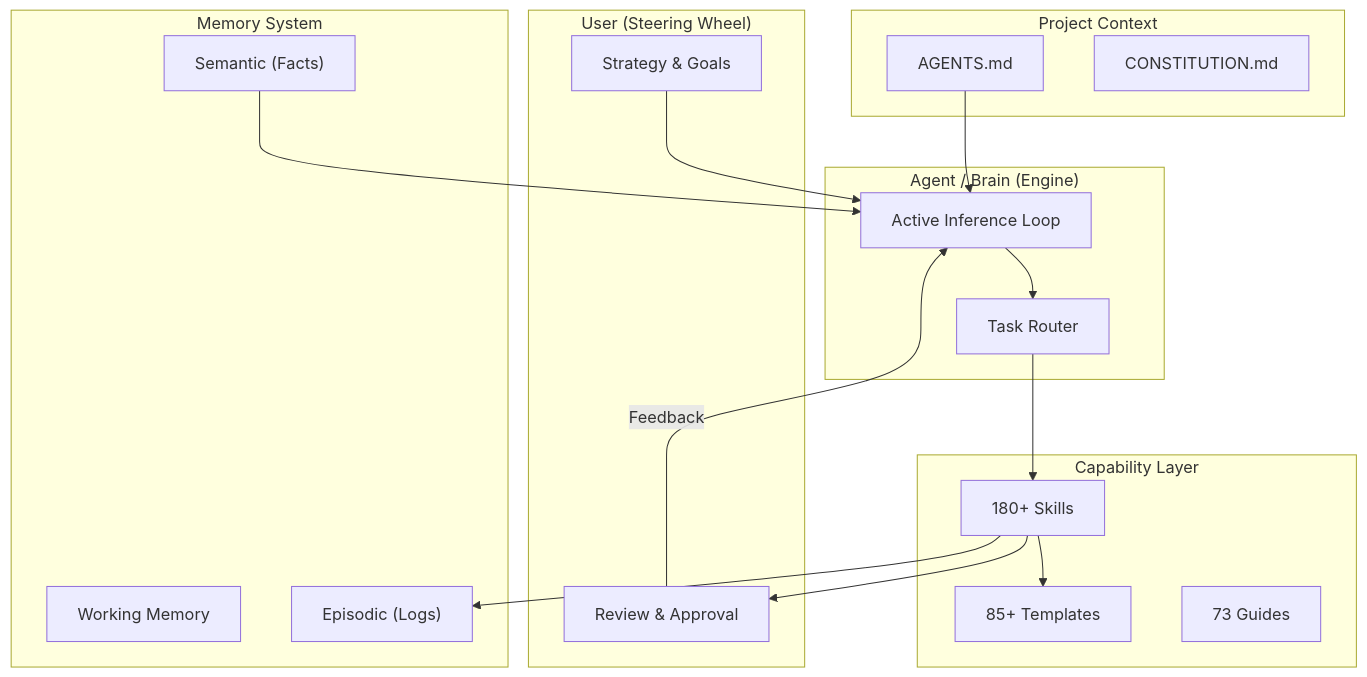
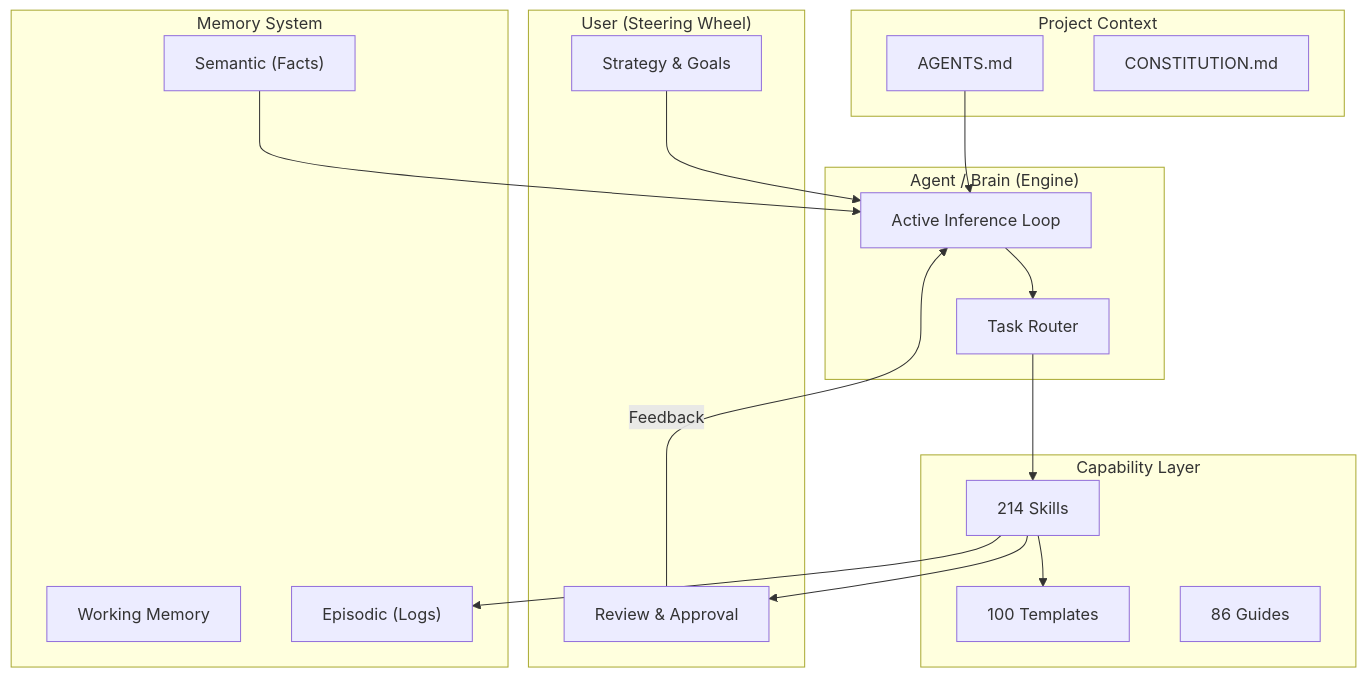
Before and after one commit to andreibesleaga/GABBE: the second of 4 diagrams in README.md, drawn with Mermaid. The commit also changed other lines of this file and 5 other files, not shown here.

````diff
--- a/README.md
+++ b/README.md
@@ -286,39 +286,39 @@
 ```mermaid
 graph TB
     subgraph Human ["User (Steering Wheel)"]
         H1[Strategy & Goals]
         H2[Review & Approval]
     end
 
     subgraph Agent ["Agent / Brain (Engine)"]
         B1[Active Inference Loop]
         B2[Task Router]
     end
 
     subgraph Context ["Project Context"]
         C1[AGENTS.md]
         C2[CONSTITUTION.md]
     end
 
     subgraph Tools ["Capability Layer"]
-        S[180+ Skills]
-        T[85+ Templates]
-        G[73 Guides]
+        S[214 Skills]
+        T[100 Templates]
+        G[86 Guides]
     end
 
     subgraph Memory ["Memory System"]
         M1[Working Memory]
         M2["Episodic (Logs)"]
         M3["Semantic (Facts)"]
     end
 
     H1 --> B1
     C1 --> B1
     B1 --> B2
     B2 --> S
     S --> T
     S --> M2
     M3 --> B1
     S --> H2
     H2 -- Feedback --> B1
 ```
````
